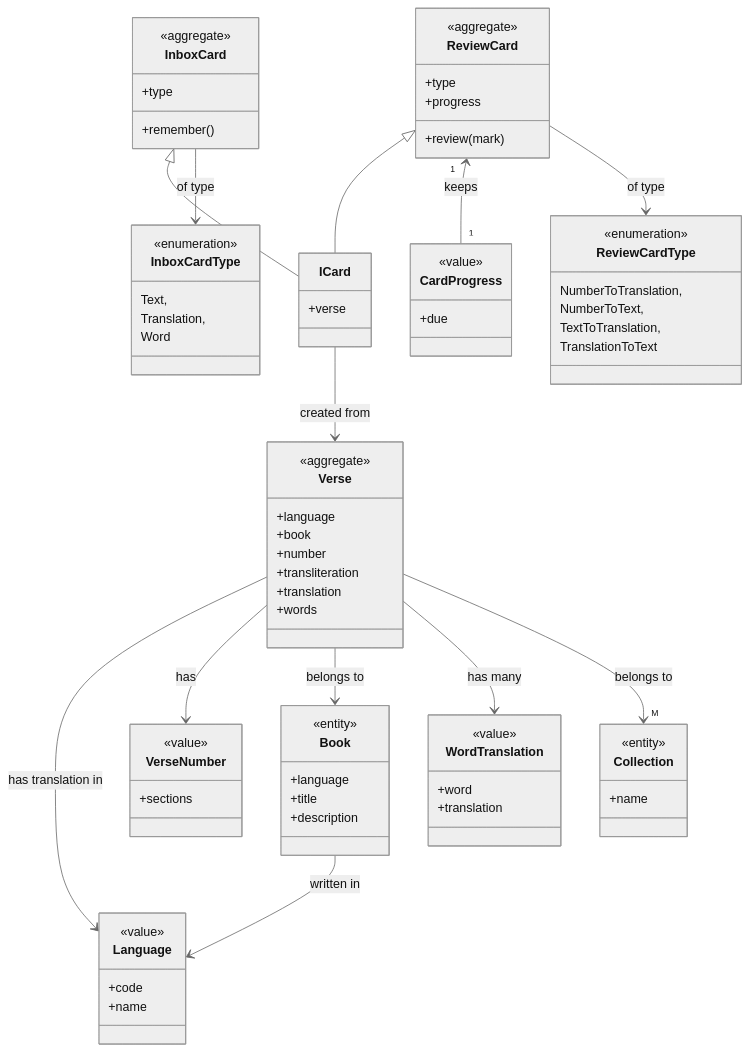
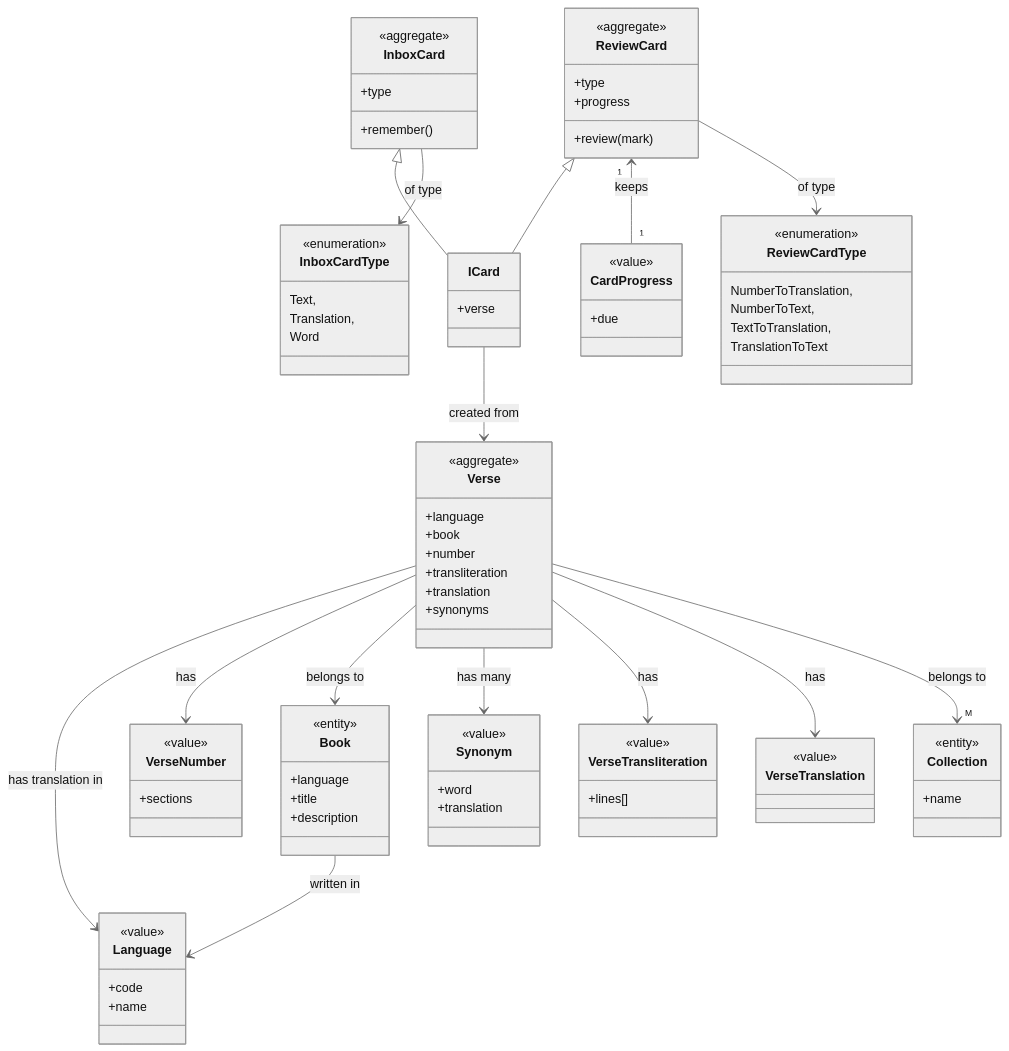
Before and after one commit to akdasa-studios/shlokas: the diagram in docs/models.md, drawn with Mermaid (neutral theme). The commit also changed 9 other files, not shown here.

```diff
--- a/docs/models.md
+++ b/docs/models.md
@@ -26,7 +26,7 @@
     +description
 }
 
-class WordTranslation {
+class Synonym {
     <<value>>
     +word
     +translation
@@ -39,7 +39,16 @@
     +number
     +transliteration
     +translation
-    +words
+    +synonyms
+}
+
+class VerseTransliteration {
+    <<value>>
+    +lines[]
+}
+
+class VerseTranslation {
+    <<value>>
 }
 
 class InboxCardType {
@@ -84,7 +93,9 @@
 Verse --> Language : has translation in
 Verse --> VerseNumber : has
 Verse --> Book : belongs to
-Verse --> WordTranslation : has many
+Verse --> Synonym : has many
+Verse --> VerseTransliteration : has
+Verse --> VerseTranslation : has
 Verse --> "M" Collection : belongs to
 
 ICard --> Verse : created from
```
